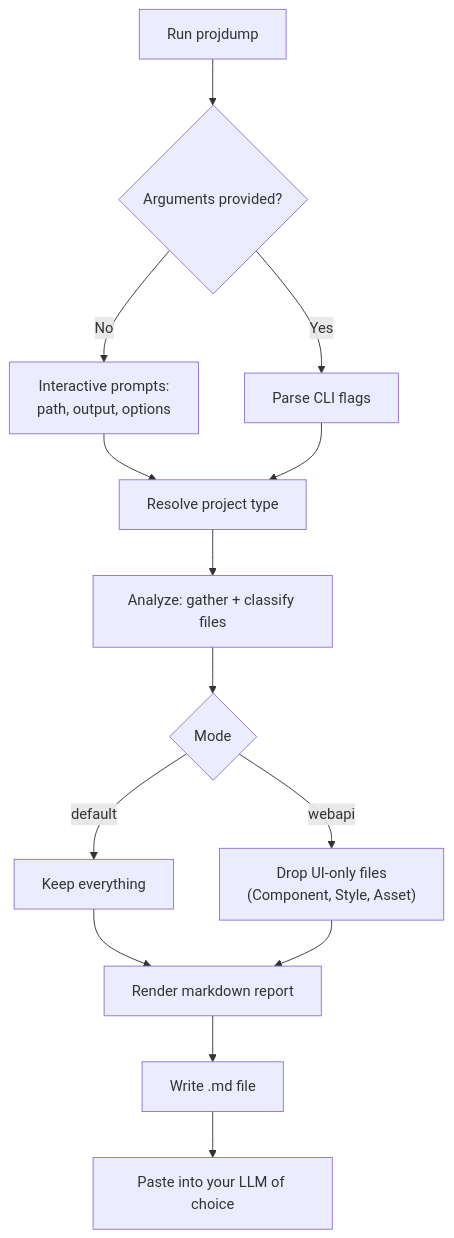
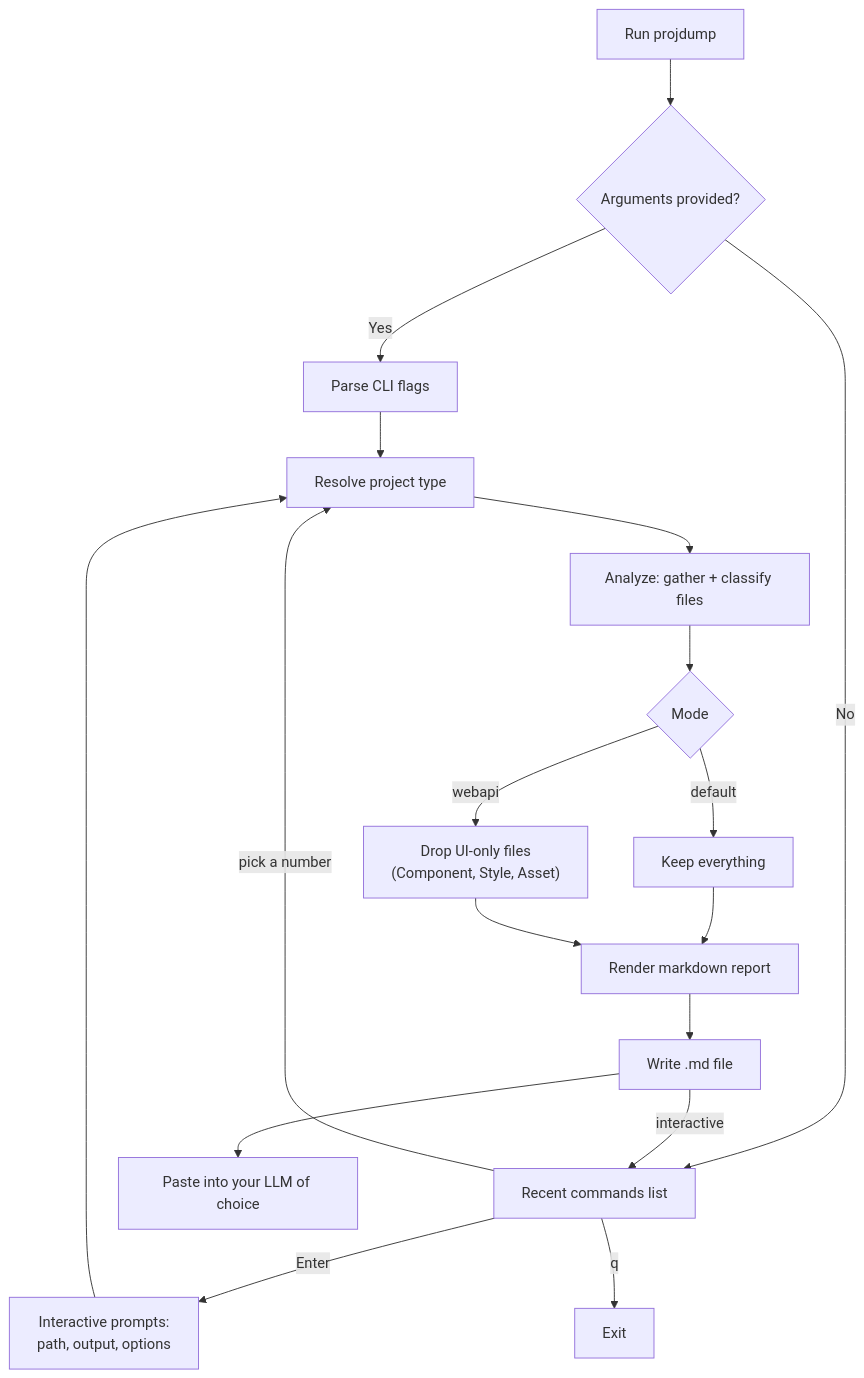
Before and after one commit to elliotmoule/projdump: the first of 2 diagrams in README.md, drawn with Mermaid. The commit also changed other lines of this file, not shown here.

````diff
--- a/README.md
+++ b/README.md
@@ -98,16 +106,20 @@
 ```mermaid
 flowchart TD
     A["Run projdump"] --> B{"Arguments provided?"}
-    B -- No --> C["Interactive prompts:\npath, output, options"]
     B -- Yes --> D["Parse CLI flags"]
-    C --> E["Resolve project type"]
+    B -- No --> C["Recent commands list"]
+    C -- "pick a number" --> E["Resolve project type"]
+    C -- "Enter" --> C2["Interactive prompts:\npath, output, options"]
+    C -- "q" --> Z["Exit"]
+    C2 --> E
     D --> E
     E --> F["Analyze: gather + classify files"]
     F --> G{"Mode"}
     G -- default --> H["Keep everything"]
     G -- webapi --> I["Drop UI-only files\n(Component, Style, Asset)"]
     H --> J["Render markdown report"]
     I --> J
     J --> K["Write .md file"]
     K --> L["Paste into your LLM of choice"]
+    K -- "interactive" --> C
 ```
````
